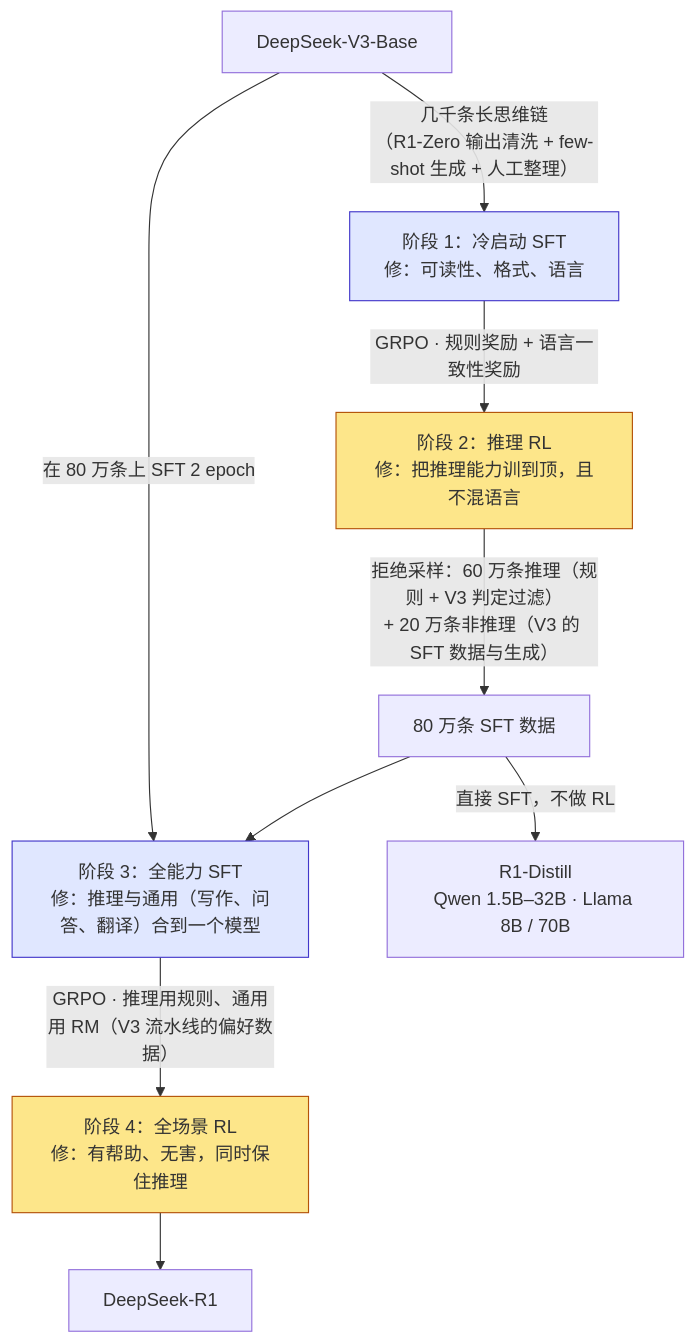
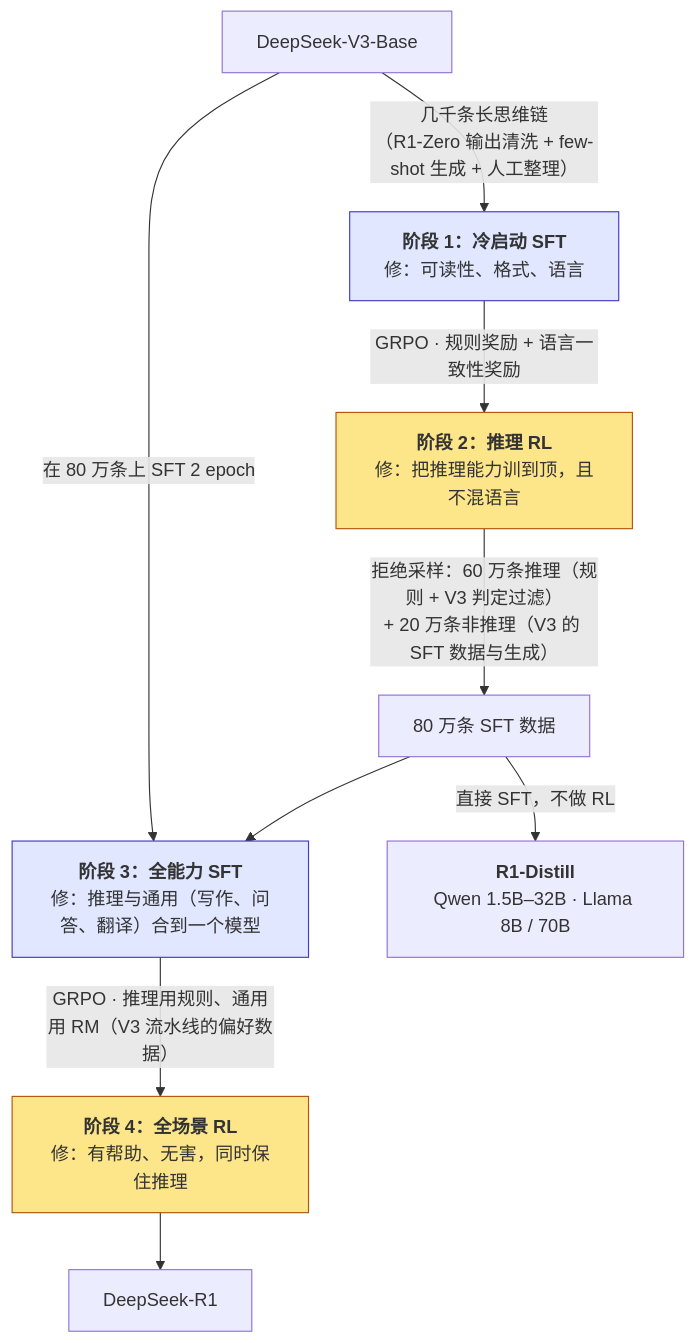
The diagram in _posts/2026-04-20-reasoning-models-and-verifiable-rewards.md (arganzheng/arganzheng.github.com), drawn with Mermaid before and after one commit. The commit also changed 4 other files, not shown here.

First line of the commit message:
后训练：从 SFT 到可验证奖励：Mermaid 多行方框的首行标为标题（5 篇）

````diff
--- a/_posts/2026-04-20-reasoning-models-and-verifiable-rewards.md
+++ b/_posts/2026-04-20-reasoning-models-and-verifiable-rewards.md
@@ -120,18 +120,18 @@
 ```mermaid
 %% 图：R1 的四阶段：冷启动 SFT → 推理 RL → 全能力 SFT → 全场景 RL，80 万条 SFT 数据另出 R1-Distill
 flowchart TB
     B["DeepSeek-V3-Base"]
-    B -->|"几千条长思维链<br/>（R1-Zero 输出清洗 + few-shot 生成 + 人工整理）"| S1["阶段 1：冷启动 SFT<br/>修：可读性、格式、语言"]
-    S1 -->|"GRPO · 规则奖励 + 语言一致性奖励"| S2["阶段 2：推理 RL<br/>修：把推理能力训到顶，且不混语言"]
+    B -->|"几千条长思维链<br/>（R1-Zero 输出清洗 + few-shot 生成 + 人工整理）"| S1["<b>阶段 1：冷启动 SFT</b><br/>修：可读性、格式、语言"]
+    S1 -->|"GRPO · 规则奖励 + 语言一致性奖励"| S2["<b>阶段 2：推理 RL</b><br/>修：把推理能力训到顶，且不混语言"]
     S2 -->|"拒绝采样：60 万条推理（规则 + V3 判定过滤）<br/>+ 20 万条非推理（V3 的 SFT 数据与生成）"| D["80 万条 SFT 数据"]
-    B -->|"在 80 万条上 SFT 2 epoch"| S3["阶段 3：全能力 SFT<br/>修：推理与通用（写作、问答、翻译）合到一个模型"]
+    B -->|"在 80 万条上 SFT 2 epoch"| S3["<b>阶段 3：全能力 SFT</b><br/>修：推理与通用（写作、问答、翻译）合到一个模型"]
     D --> S3
-    S3 -->|"GRPO · 推理用规则、通用用 RM（V3 流水线的偏好数据）"| S4["阶段 4：全场景 RL<br/>修：有帮助、无害，同时保住推理"]
+    S3 -->|"GRPO · 推理用规则、通用用 RM（V3 流水线的偏好数据）"| S4["<b>阶段 4：全场景 RL</b><br/>修：有帮助、无害，同时保住推理"]
     S4 --> R1["DeepSeek-R1"]
-    D -->|"直接 SFT，不做 RL"| DIST["R1-Distill<br/>Qwen 1.5B–32B · Llama 8B / 70B"]
+    D -->|"直接 SFT，不做 RL"| DIST["<b>R1-Distill</b><br/>Qwen 1.5B–32B · Llama 8B / 70B"]
 
     classDef rl fill:#fde68a,stroke:#b45309;
     classDef sft fill:#e0e7ff,stroke:#4338ca;
     class S2,S4 rl;
     class S1,S3 sft;
 ```
````
